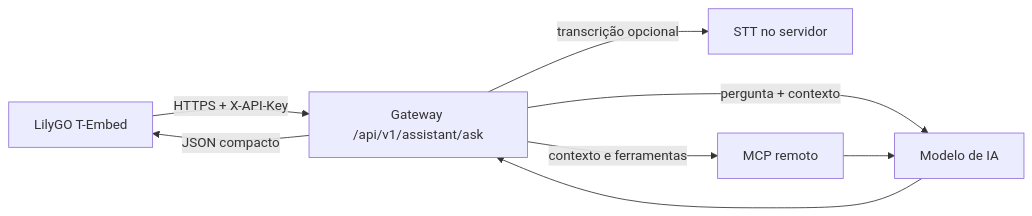
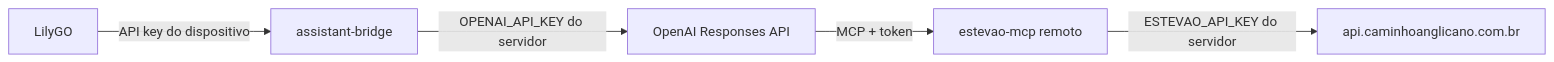
The second of 2 diagrams in docs/ASSISTANT_GATEWAY.md (dodopok/estevao-lilygo), drawn with Mermaid before and after one commit. The commit also changed other lines of this file and 2 other files, not shown here.

Commit message:
docs: document direct OpenAI MCP architecture

````diff
--- a/docs/ASSISTANT_GATEWAY.md
+++ b/docs/ASSISTANT_GATEWAY.md
@@ -13,10 +17,7 @@
 ```mermaid
 flowchart LR
-    A["LilyGO T-Embed"] -->|HTTPS + X-API-Key| B["Gateway /api/v1/assistant/ask"]
-    B -->|transcrição opcional| C["STT no servidor"]
-    B -->|contexto e ferramentas| D["MCP remoto"]
-    B -->|pergunta + contexto| E["Modelo de IA"]
-    D --> E
-    E --> B
-    B -->|JSON compacto| A
+    A["LilyGO"] -->|API key do dispositivo| B["assistant-bridge"]
+    B -->|OPENAI_API_KEY do servidor| C["OpenAI Responses API"]
+    C -->|MCP + token| D["estevao-mcp remoto"]
+    D -->|ESTEVAO_API_KEY do servidor| E["api.caminhoanglicano.com.br"]
 ```
````
